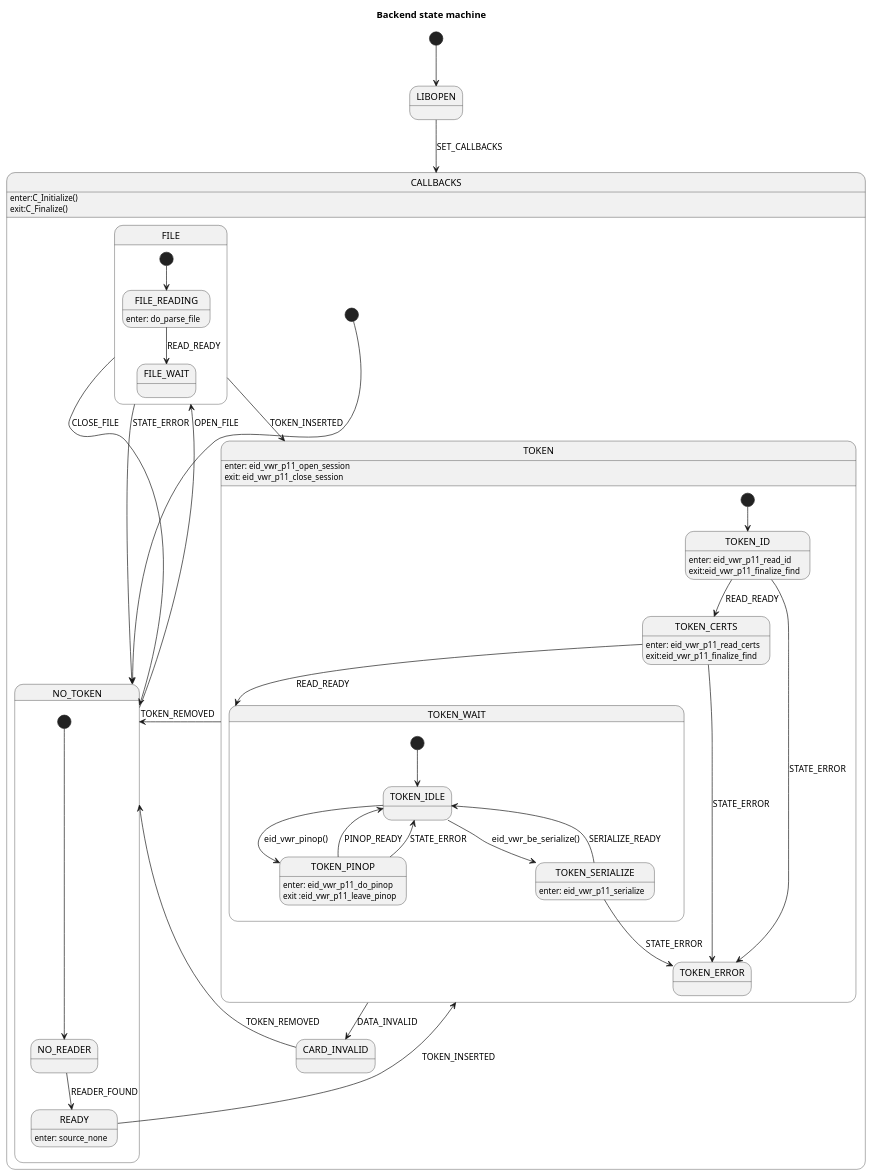
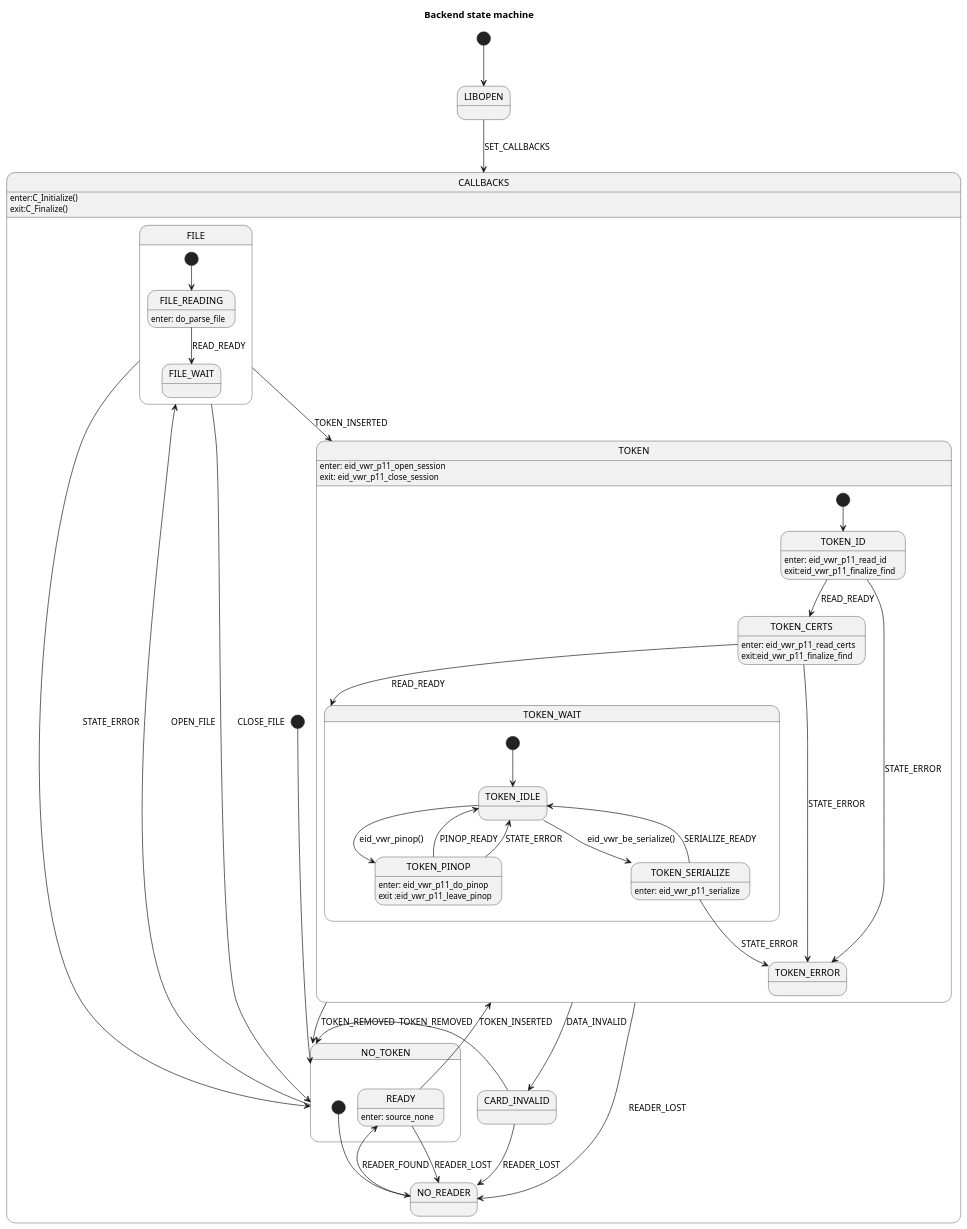
One commit to Fedict/eid-mw changed the diagram in plugins_tools/eid-viewer/uml/be-statemach.puml. Above: the diagram before and after it, drawn with PlantUML. The commit also changed 1 other file, not shown here.

Commit message:
Improve "reader lost" handling
NO_READER is a child state of NO_TOKEN, so adding an event handler that
triggers when no card is found causes the viewer to loop over it, which
we don't want. Move the handling to more appropriate places.

While at it, also update the UML diagram

```diff
--- a/plugins_tools/eid-viewer/uml/be-statemach.puml
+++ b/plugins_tools/eid-viewer/uml/be-statemach.puml
@@ -1,87 +1,90 @@
 @startuml
 title Backend state machine
 
 ' This file documents the state machine as implemented in state.c. It
 ' can be converted to a diagram by way of PlantUML, see
 ' http://plantuml.com/
 
 [*] --> LIBOPEN
 
 LIBOPEN --> CALLBACKS : SET_CALLBACKS
 
 CALLBACKS: enter:C_Initialize()\nexit:C_Finalize()
 state CALLBACKS {
   state NO_TOKEN
   state TOKEN
   state FILE
   state CARD_INVALID
 
   [*] --> NO_TOKEN
 
   NO_TOKEN --> FILE : OPEN_FILE
   FILE --> NO_TOKEN : CLOSE_FILE
   FILE --> TOKEN : TOKEN_INSERTED
   FILE --> NO_TOKEN : STATE_ERROR
   state FILE {
     [*] --> FILE_READING
     FILE_READING: enter: do_parse_file
     FILE_READING --> FILE_WAIT: READ_READY
   }
 
   TOKEN: enter: eid_vwr_p11_open_session\nexit: eid_vwr_p11_close_session
   TOKEN --> NO_TOKEN : TOKEN_REMOVED
   TOKEN -down-> CARD_INVALID : DATA_INVALID
+  TOKEN --> NO_READER : READER_LOST
+  CARD_INVALID --> NO_READER : READER_LOST
 ' Force the arrow to go down for layout purposes
 
   CARD_INVALID -left-> NO_TOKEN : TOKEN_REMOVED
 ' Force the arrow to go up for layout purposes
   state NO_TOKEN {
     state NO_READER
     state READY
 
     [*] --> NO_READER
     NO_READER --> READY : READER_FOUND
 
     READY --> TOKEN : TOKEN_INSERTED
     READY: enter: source_none
+    READY --> NO_READER: READER_LOST
   }
 
   state TOKEN {
     state TOKEN_ID
     state TOKEN_CERTS
     state TOKEN_ERROR
     state TOKEN_WAIT
 
     [*] --> TOKEN_ID
 
     TOKEN_ID --> TOKEN_CERTS : READ_READY
     TOKEN_ID --> TOKEN_ERROR : STATE_ERROR
     TOKEN_ID: enter: eid_vwr_p11_read_id\nexit:eid_vwr_p11_finalize_find
 
     TOKEN_CERTS --> TOKEN_WAIT : READ_READY
     TOKEN_CERTS --> TOKEN_ERROR : STATE_ERROR
     TOKEN_CERTS: enter: eid_vwr_p11_read_certs\nexit:eid_vwr_p11_finalize_find
  
     state TOKEN_WAIT {
       state TOKEN_IDLE
       state TOKEN_PINOP
       state TOKEN_SERIALIZE
 
       [*] --> TOKEN_IDLE
 
       TOKEN_IDLE --> TOKEN_PINOP : eid_vwr_pinop()
       TOKEN_IDLE --> TOKEN_SERIALIZE : eid_vwr_be_serialize()
 
       TOKEN_PINOP --> TOKEN_IDLE : PINOP_READY 
       TOKEN_PINOP --> TOKEN_IDLE : STATE_ERROR
       TOKEN_PINOP: enter: eid_vwr_p11_do_pinop\nexit :eid_vwr_p11_leave_pinop
 
       TOKEN_SERIALIZE --> TOKEN_IDLE : SERIALIZE_READY 
       TOKEN_SERIALIZE --> TOKEN_ERROR : STATE_ERROR
       TOKEN_SERIALIZE: enter: eid_vwr_p11_serialize
 
     }  
   }
 
 }
 @enduml
```
